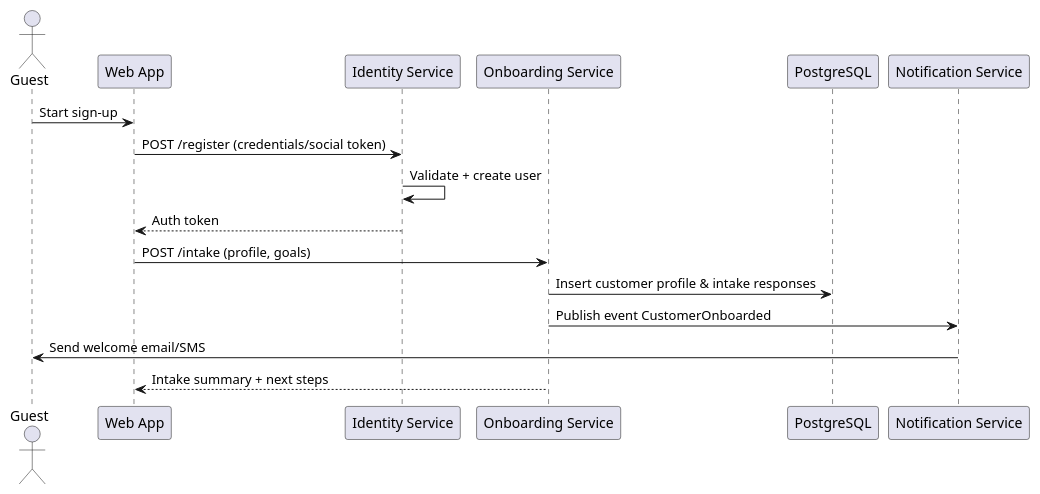
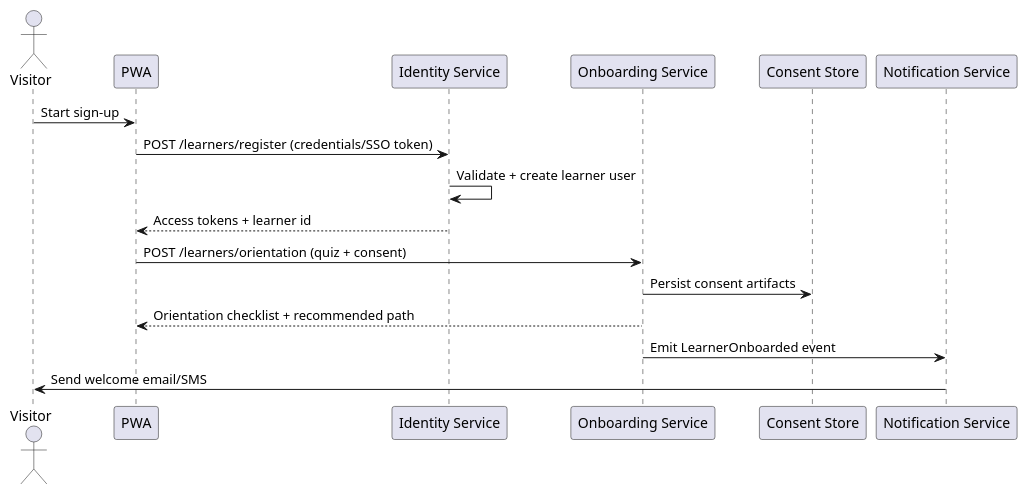
One commit to tuananh582/demoPT changed the first of 5 diagrams in docs/05-LLD/SequenceDiagrams.md. Above: the diagram before and after it, drawn with PlantUML. The commit also changed other lines of this file and 52 other files, not shown here.

````diff
--- a/docs/05-LLD/SequenceDiagrams.md
+++ b/docs/05-LLD/SequenceDiagrams.md
@@ -4,20 +4,20 @@
 ```plantuml
 @startuml
-actor Guest
-participant "Web App" as UI
+actor Visitor as Visitor
+participant "PWA" as UI
 participant "Identity Service" as ID
 participant "Onboarding Service" as ONB
-participant "PostgreSQL" as DB
+participant "Consent Store" as CONSENT
 participant "Notification Service" as NOTIF
 
-Guest -> UI: Start sign-up
-UI -> ID: POST /register (credentials/social token)
-ID -> ID: Validate + create user
-ID --> UI: Auth token
-UI -> ONB: POST /intake (profile, goals)
-ONB -> DB: Insert customer profile & intake responses
-ONB -> NOTIF: Publish event CustomerOnboarded
-NOTIF -> Guest: Send welcome email/SMS
-UI <-- ONB: Intake summary + next steps
+Visitor -> UI: Start sign-up
+UI -> ID: POST /learners/register (credentials/SSO token)
+ID -> ID: Validate + create learner user
+ID --> UI: Access tokens + learner id
+UI -> ONB: POST /learners/orientation (quiz + consent)
+ONB -> CONSENT: Persist consent artifacts
+ONB --> UI: Orientation checklist + recommended path
+ONB -> NOTIF: Emit LearnerOnboarded event
+NOTIF -> Visitor: Send welcome email/SMS
 @enduml
 ```
````
